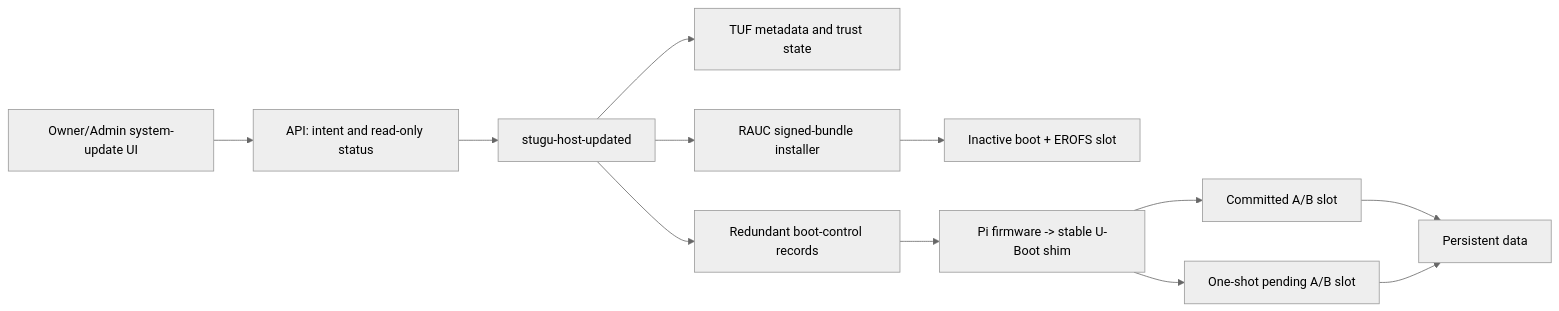
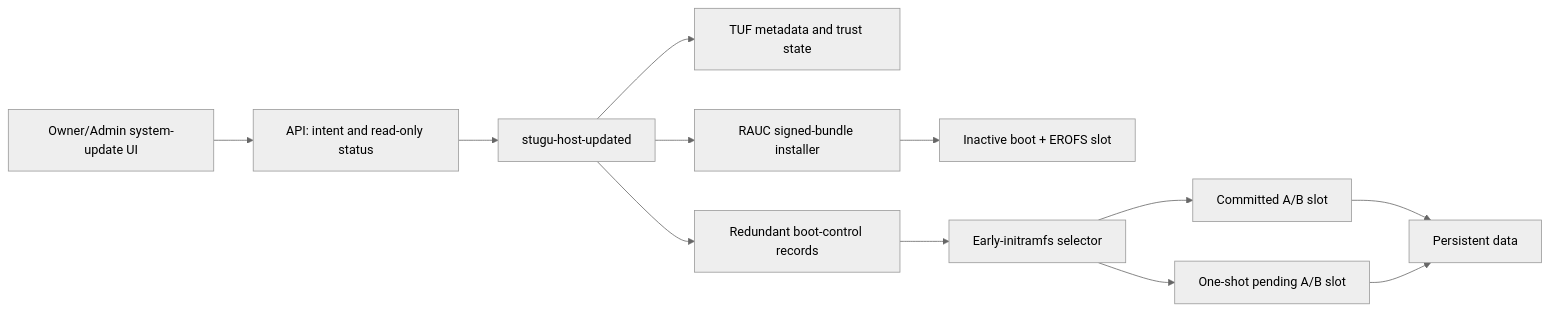
Before and after one commit to liljestk/open-stuga: the diagram in docs/signed-host-updater-plan.md, drawn with Mermaid (neutral theme). The commit also changed other lines of this file and 45 other files, not shown here.

````diff
--- a/docs/signed-host-updater-plan.md
+++ b/docs/signed-host-updater-plan.md
@@ -141,14 +131,14 @@
 ```mermaid
 flowchart LR
     UI["Owner/Admin system-update UI"] --> API["API: intent and read-only status"]
     API --> D["stugu-host-updated"]
     D --> TUF["TUF metadata and trust state"]
     D --> RAUC["RAUC signed-bundle installer"]
     RAUC --> I["Inactive boot + EROFS slot"]
     D --> BCB["Redundant boot-control records"]
-    BCB --> SHIM["Pi firmware -> stable U-Boot shim"]
+    BCB --> SHIM["Early-initramfs selector"]
     SHIM --> A["Committed A/B slot"]
     SHIM --> P["One-shot pending A/B slot"]
     A --> DATA["Persistent data"]
     P --> DATA
 ```
````
